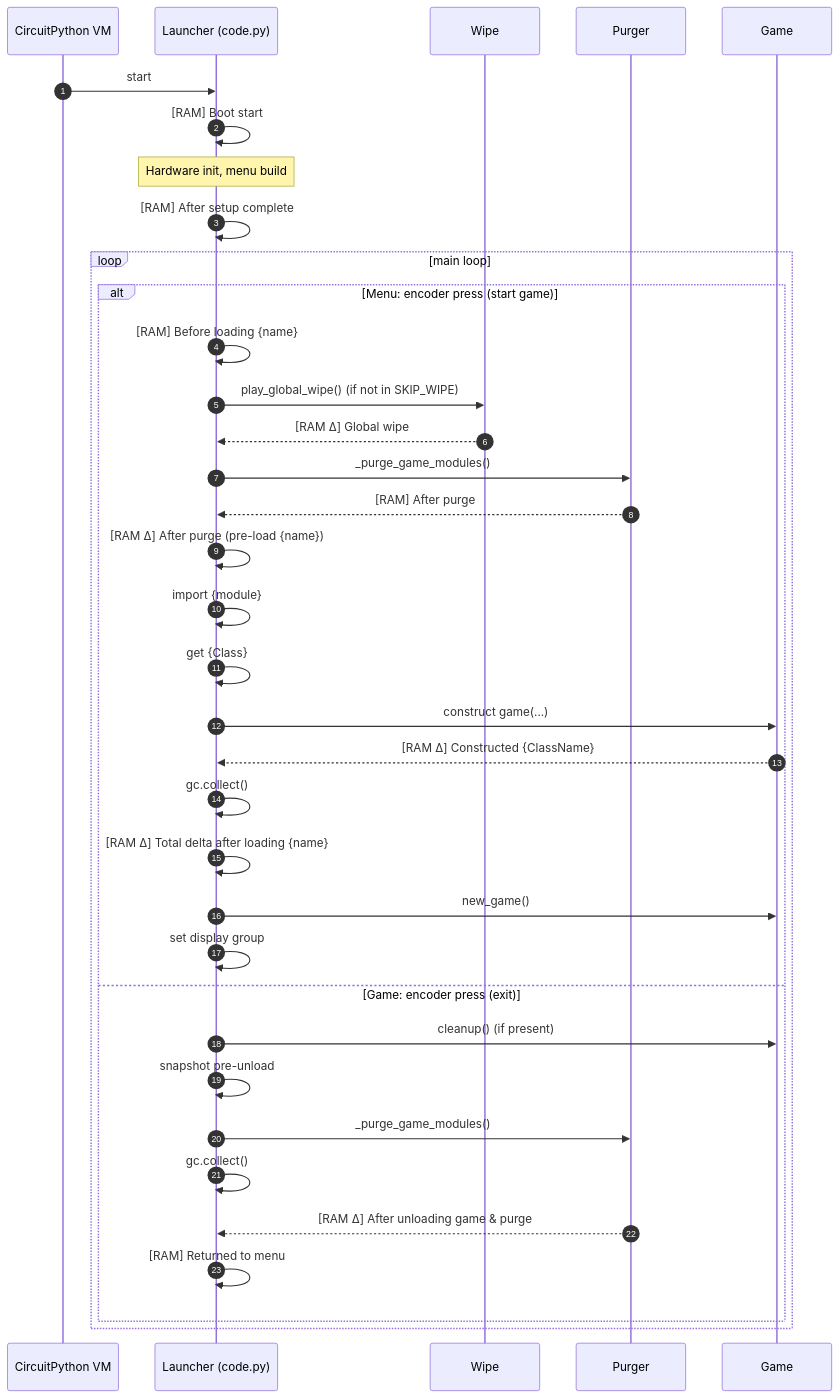
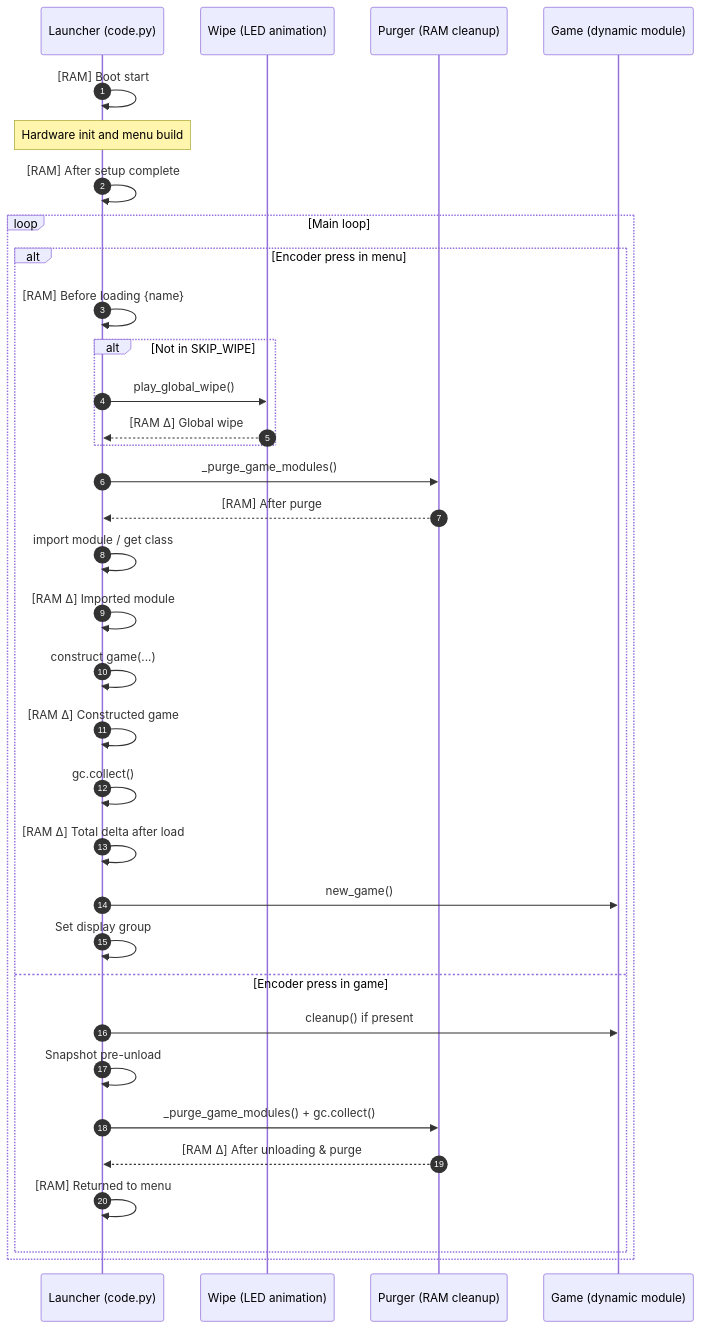
One commit to mathan416/merlin changed the diagram in README_codepy.md. Above: the diagram before and after it, drawn with Mermaid.

Commit message:
Updated diagrams

````diff
--- a/README_codepy.md
+++ b/README_codepy.md
@@ -193,40 +193,49 @@
 ```mermaid
 sequenceDiagram
     autonumber
-    participant CP as CircuitPython VM
     participant L as Launcher (code.py)
-    participant W as Wipe
-    participant P as Purger
-    participant G as Game
+    participant W as Wipe (LED animation)
+    participant P as Purger (RAM cleanup)
+    participant G as Game (dynamic module)
 
-    CP->>L: start
+    %% Boot and initialization
     L->>L: [RAM] Boot start
-    Note over L: Hardware init, menu build
+    note over L: Hardware init and menu build
     L->>L: [RAM] After setup complete
 
-    loop main loop
-        alt Menu: encoder press (start game)
+    %% Main loop handles encoder presses
+    loop Main loop
+        alt Encoder press in menu
             L->>L: [RAM] Before loading {name}
-            L->>W: play_global_wipe() (if not in SKIP_WIPE)
-            W-->>L: [RAM Δ] Global wipe
+
+            %% Optional wipe animation
+            alt Not in SKIP_WIPE
+                L->>W: play_global_wipe()
+                W-->>L: [RAM Δ] Global wipe
+            end
+
+            %% Purge previous game modules
             L->>P: _purge_game_modules()
             P-->>L: [RAM] After purge
-            L->>L: [RAM Δ] After purge (pre-load {name})
-            L->>L: import {module}
-            L->>L: get {Class}
-            L->>G: construct game(...)
-            G-->>L: [RAM Δ] Constructed {ClassName}
+
+            %% Import and construct game
+            L->>L: import module / get class
+            L->>L: [RAM Δ] Imported module
+            L->>L: construct game(...)
+            L->>L: [RAM Δ] Constructed game
             L->>L: gc.collect()
-            L->>L: [RAM Δ] Total delta after loading {name}
+            L->>L: [RAM Δ] Total delta after load
+
+            %% Start new game and hand over display
             L->>G: new_game()
-            L->>L: set display group
-        else Game: encoder press (exit)
-            L->>G: cleanup() (if present)
-            L->>L: snapshot pre-unload
-            L->>P: _purge_game_modules()
-            L->>L: gc.collect()
-            P-->>L: [RAM Δ] After unloading game & purge
+            L->>L: Set display group
+        else Encoder press in game
+            %% Cleanup and return to menu
+            L->>G: cleanup() if present
+            L->>L: Snapshot pre-unload
+            L->>P: _purge_game_modules() + gc.collect()
+            P-->>L: [RAM Δ] After unloading & purge
             L->>L: [RAM] Returned to menu
         end
     end
 ```
````
